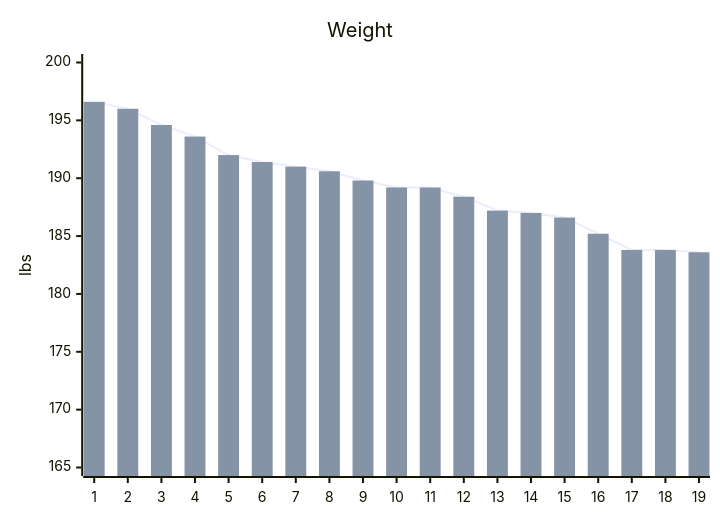
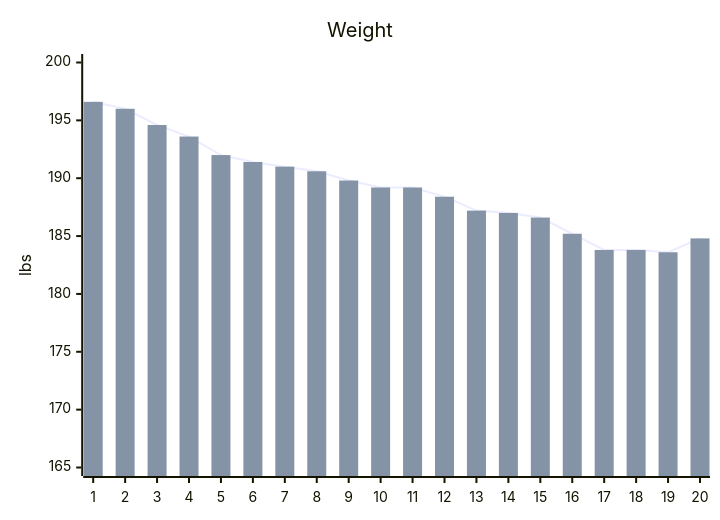
Before and after one commit to stevenelson35/stevenelson35.github.io: the diagram in all_collections/_personal/goals.md, drawn with Mermaid. The commit also changed other lines of this file, not shown here.

```diff
--- a/all_collections/_personal/goals.md
+++ b/all_collections/_personal/goals.md
@@ -11,8 +11,8 @@
 <pre class="mermaid" >
   xychart-beta
     title "Weight" 
-    x-axis [1, 2, 3, 4, 5, 6, 7, 8, 9, 10, 11, 12, 13, 14, 15, 16, 17, 18, 19] 
+    x-axis [1, 2, 3, 4, 5, 6, 7, 8, 9, 10, 11, 12, 13, 14, 15, 16, 17, 18, 19, 20] 
     y-axis "lbs" 165 --> 200
-    line [196.6, 196.0, 194.6, 193.6, 192.0, 191.4, 191.0, 190.6, 189.8, 189.2, 189.2, 188.4, 187.2, 187.0, 186.6, 185.2, 183.8, 183.8, 183.6]
-    bar [196.6, 196.0, 194.6, 193.6, 192.0, 191.4, 191.0, 190.6, 189.8, 189.2, 189.2, 188.4, 187.2, 187.0, 186.6, 185.2, 183.8, 183.8, 183.6]
+    line [196.6, 196.0, 194.6, 193.6, 192.0, 191.4, 191.0, 190.6, 189.8, 189.2, 189.2, 188.4, 187.2, 187.0, 186.6, 185.2, 183.8, 183.8, 183.6, 184.8]
+    bar [196.6, 196.0, 194.6, 193.6, 192.0, 191.4, 191.0, 190.6, 189.8, 189.2, 189.2, 188.4, 187.2, 187.0, 186.6, 185.2, 183.8, 183.8, 183.6, 184.8]
 </pre>
```
